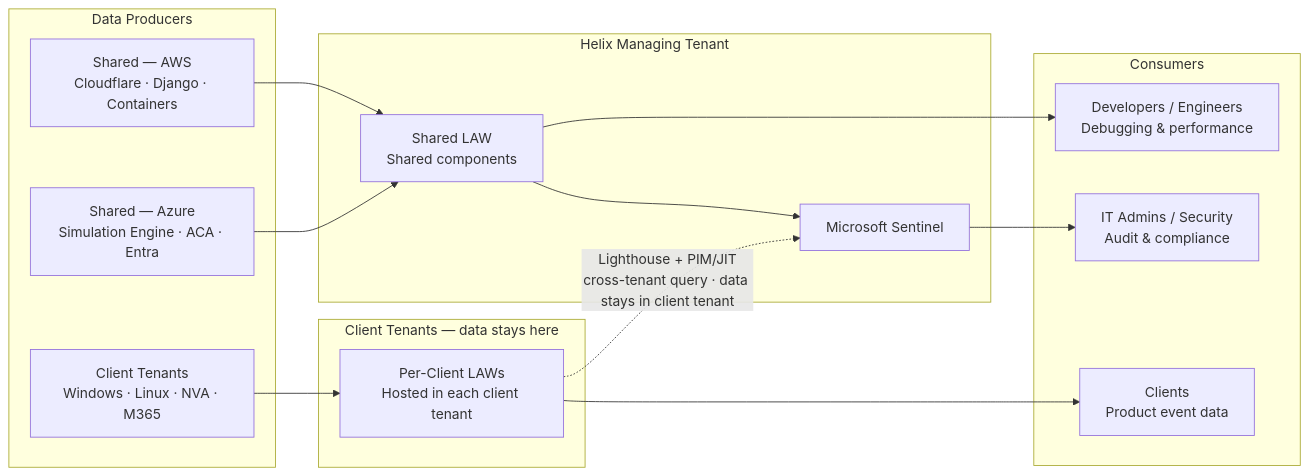
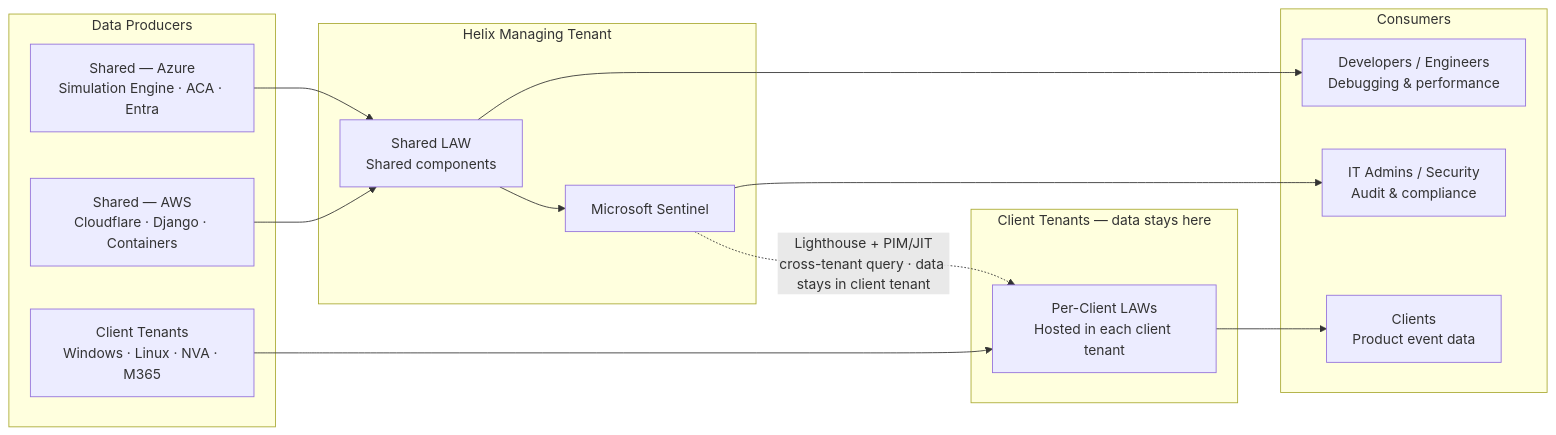
One commit to danielcorrea89/helix-logging-proposal changed the diagram in docs/01-requirements.md. Above: the diagram before and after it, drawn with Mermaid. The commit also changed other lines of this file and 8 other files, not shown here.

````diff
--- a/docs/01-requirements.md
+++ b/docs/01-requirements.md
@@ -15,34 +15,34 @@
 ```mermaid
 flowchart LR
     subgraph producers["Data Producers"]
         AWS["Shared — AWS\nCloudflare · Django · Containers"]
         AZS["Shared — Azure\nSimulation Engine · ACA · Entra"]
         CLT["Client Tenants\nWindows · Linux · NVA · M365"]
     end
 
     subgraph platform["Helix Managing Tenant"]
         SLAW["Shared LAW\nShared components"]
         SENT["Microsoft Sentinel"]
     end
 
     subgraph clientstore["Client Tenants — data stays here"]
         CLAWS["Per-Client LAWs\nHosted in each client tenant"]
     end
 
     subgraph consumers["Consumers"]
         DEV["Developers / Engineers\nDebugging & performance"]
         SEC["IT Admins / Security\nAudit & compliance"]
         CLI["Clients\nProduct event data"]
     end
 
     AWS --> SLAW
     AZS --> SLAW
     CLT --> CLAWS
 
     SLAW --> SENT
-    CLAWS -. "Lighthouse + PIM/JIT\ncross-tenant query · data stays in client tenant" .-> SENT
+    SENT -. "Lighthouse + PIM/JIT\ncross-tenant query · data stays in client tenant" .-> CLAWS
 
     SLAW --> DEV
     SENT --> SEC
     CLAWS --> CLI
 ```
````
